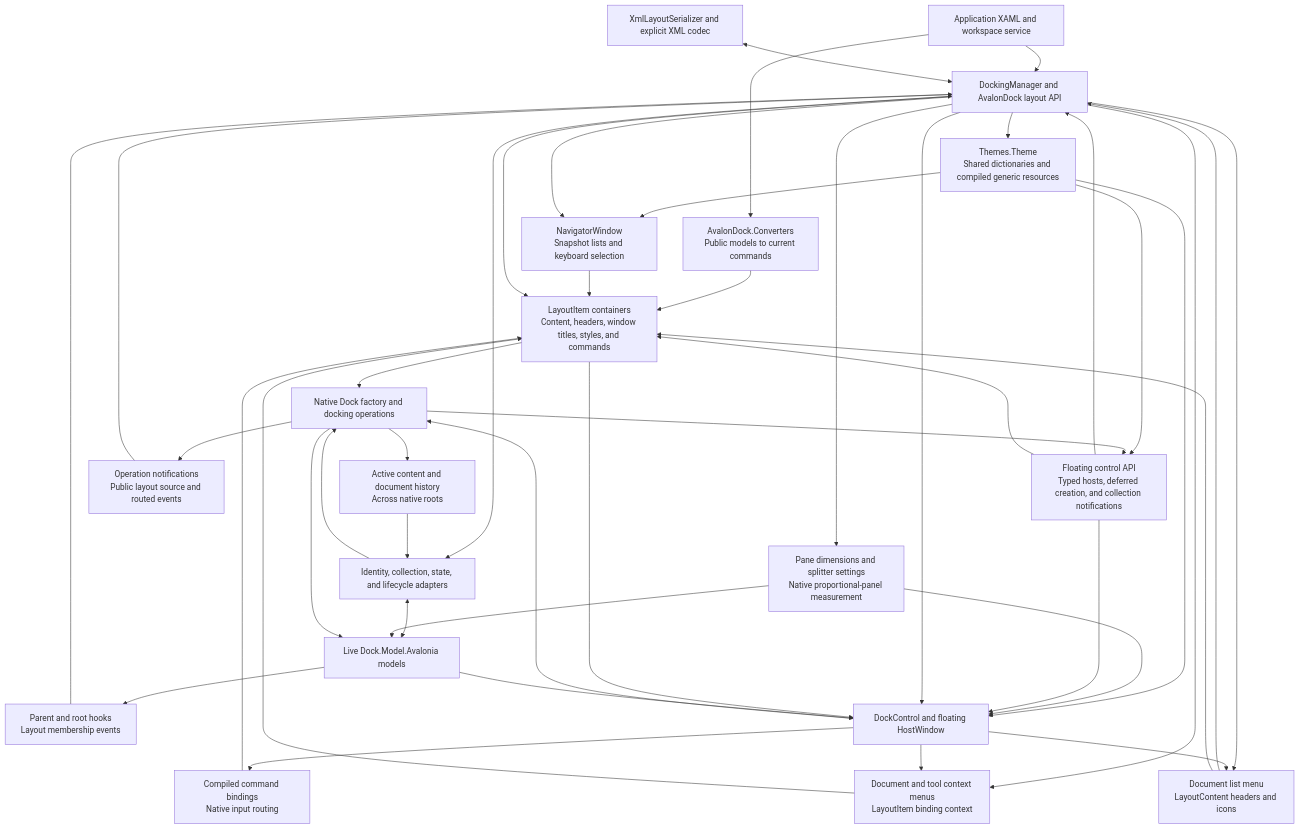
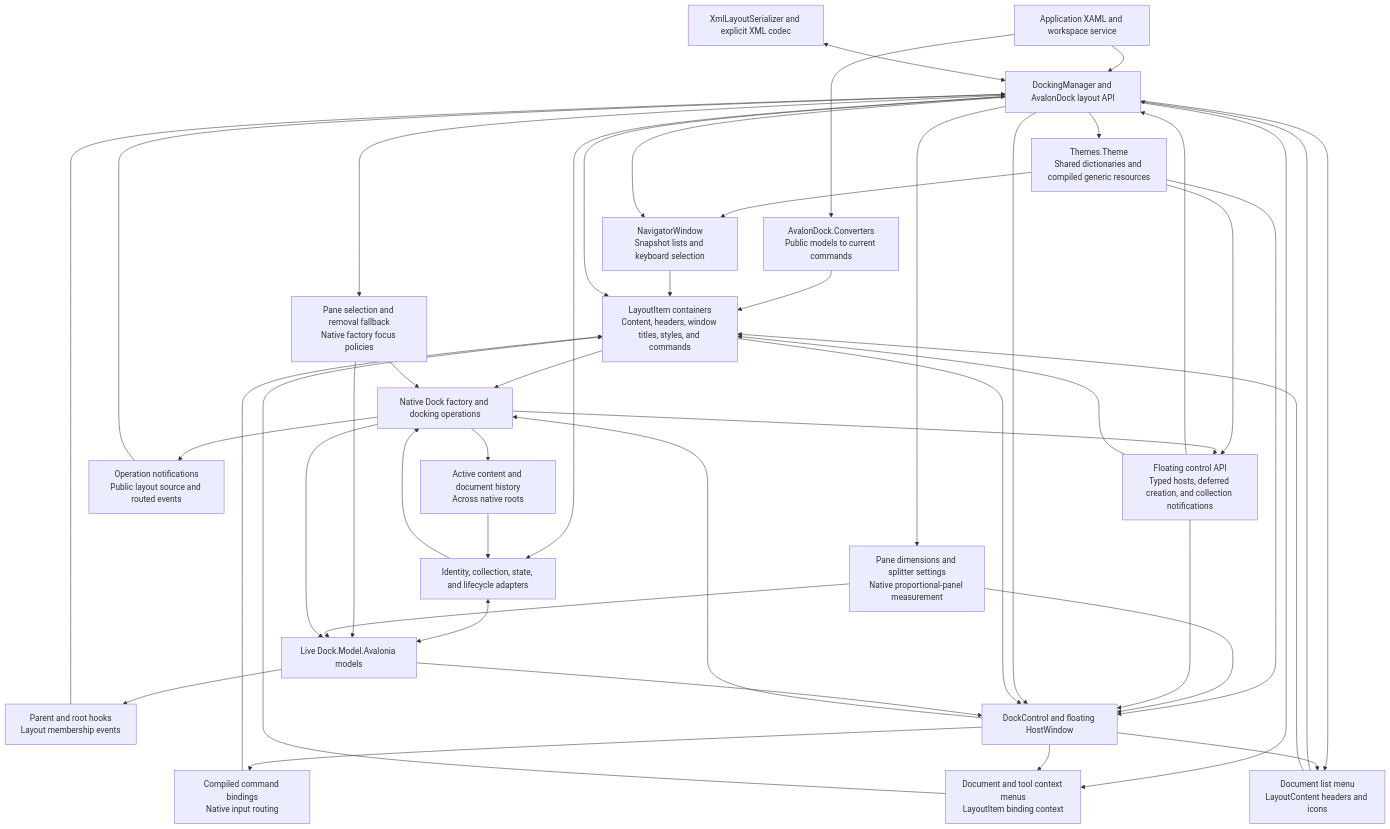
The diagram in src/Dock.Avalonia.AvalonDock/AVALONDOCK.md (wieslawsoltes/Dock), drawn with Mermaid before and after one commit. The commit also changed other lines of this file and 5 other files, not shown here.

Commit message:
Document pane selection and verify factory policies from NuGet consumers

````diff
--- a/src/Dock.Avalonia.AvalonDock/AVALONDOCK.md
+++ b/src/Dock.Avalonia.AvalonDock/AVALONDOCK.md
@@ -453,64 +463,68 @@
 ```mermaid
 flowchart TB
     App["Application XAML and workspace service"]
     Api["DockingManager and AvalonDock layout API"]
     Items["LayoutItem containers<br/>Content, headers, window titles, styles, and commands"]
     Commands["Compiled command bindings<br/>Native input routing"]
     Converters["AvalonDock.Converters<br/>Public models to current commands"]
     Navigator["NavigatorWindow<br/>Snapshot lists and keyboard selection"]
     ResourceThemes["Themes.Theme<br/>Shared dictionaries and compiled generic resources"]
     Menus["Document and tool context menus<br/>LayoutItem binding context"]
     DocumentList["Document list menu<br/>LayoutContent headers and icons"]
     Bridge["Identity, collection, state, and lifecycle adapters"]
+    Selection["Pane selection and removal fallback<br/>Native factory focus policies"]
     Focus["Active content and document history<br/>Across native roots"]
     TreeEvents["Parent and root hooks<br/>Layout membership events"]
     Events["Operation notifications<br/>Public layout source and routed events"]
     Hosts["Floating control API<br/>Typed hosts, deferred creation, and collection notifications"]
     Sizing["Pane dimensions and splitter settings<br/>Native proportional-panel measurement"]
     Models["Live Dock.Model.Avalonia models"]
     Factory["Native Dock factory and docking operations"]
     View["DockControl and floating HostWindow"]
     Xml["XmlLayoutSerializer and explicit XML codec"]
     App --> Api
     App --> Converters
     Converters --> Items
     Api --> ResourceThemes
     ResourceThemes --> Navigator
     ResourceThemes --> Hosts
     ResourceThemes --> View
     Api --> Navigator
     Navigator --> Items
     Api --> Items
     Items --> Factory
     Api <--> Bridge
     Bridge <--> Models
+    Api --> Selection
+    Selection --> Models
+    Selection --> Factory
     Api --> Sizing
     Sizing --> Models
     Sizing --> View
     Bridge --> Factory
     Factory --> Models
     Factory --> Focus
     Focus --> Bridge
     Models --> TreeEvents
     TreeEvents --> Api
     Factory --> Events
     Events --> Api
     Factory --> Hosts
     Hosts --> View
     Hosts --> Api
     Hosts --> Items
     Api --> View
     Items --> View
     View --> Commands
     Commands --> Items
     Api --> Menus
     View --> Menus
     Menus --> Items
     Api --> DocumentList
     View --> DocumentList
     DocumentList --> Api
     DocumentList --> Items
     Models --> View
     View --> Factory
     Xml <--> Api
 ```
````
